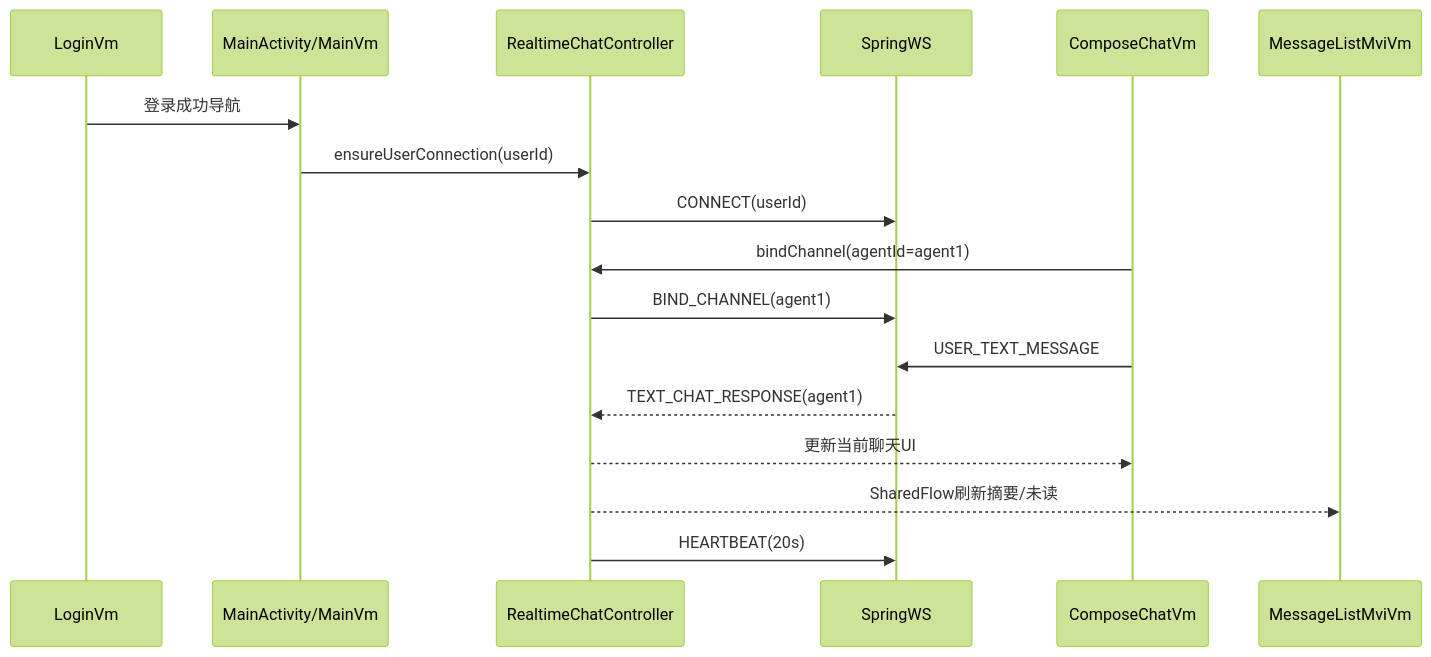
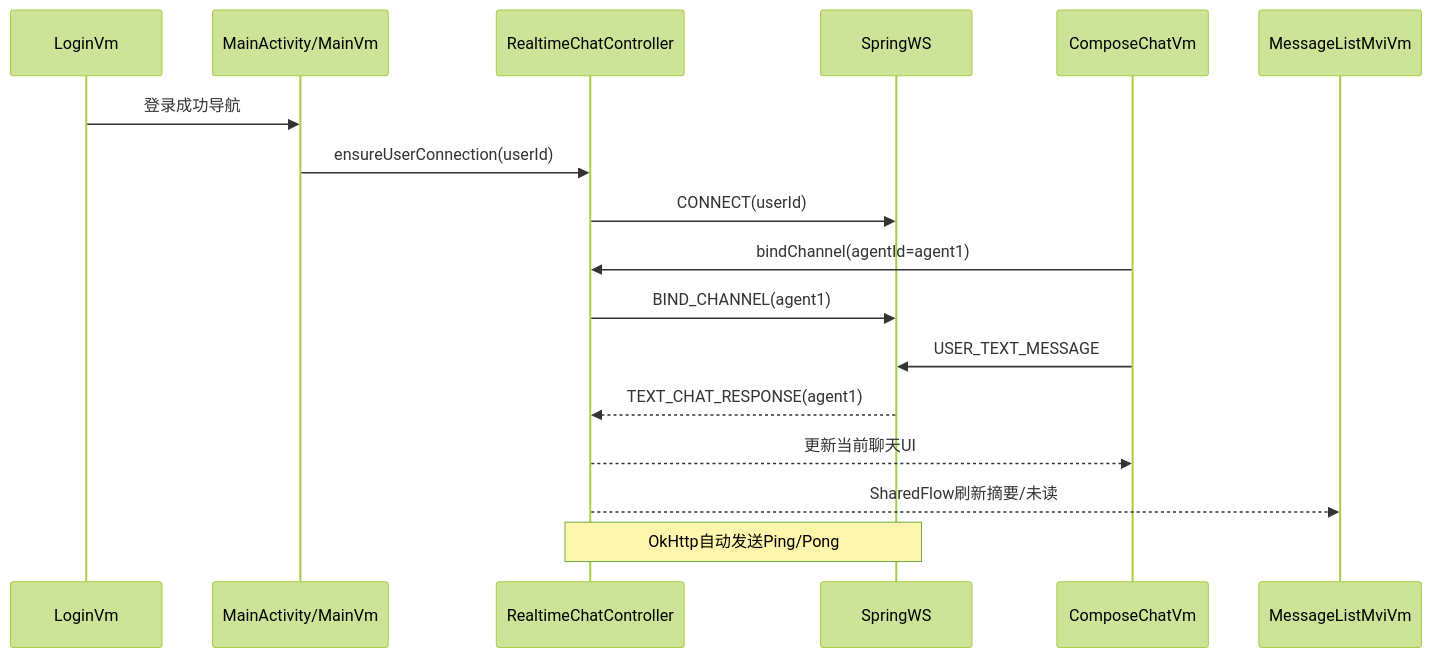
One commit to nangong918/magic-vector changed diagram 34 of 45 in app/android/docs/AndroidDesignDocument.md. Above: the diagram before and after it, drawn with Mermaid (forest theme). The commit also changed other lines of this file and 13 other files, not shown here.

Commit message:
cursor: 实现RealTimeChatController设计图绘制

````diff
--- a/app/android/docs/AndroidDesignDocument.md
+++ b/app/android/docs/AndroidDesignDocument.md
@@ -967,20 +966,20 @@
 ```mermaid
 sequenceDiagram
     participant Login as LoginVm
     participant Main as MainActivity/MainVm
     participant RTC as RealtimeChatController
     participant WS as SpringWS
     participant Chat as ComposeChatVm
     participant List as MessageListMviVm
 
     Login->>Main: 登录成功导航
     Main->>RTC: ensureUserConnection(userId)
     RTC->>WS: CONNECT(userId)
     Chat->>RTC: bindChannel(agentId=agent1)
     RTC->>WS: BIND_CHANNEL(agent1)
     Chat->>WS: USER_TEXT_MESSAGE
     WS-->>RTC: TEXT_CHAT_RESPONSE(agent1)
     RTC-->>Chat: 更新当前聊天UI
     RTC-->>List: SharedFlow刷新摘要/未读
-    RTC->>WS: HEARTBEAT(20s)
+    Note over RTC,WS: OkHttp自动发送Ping/Pong
 ```
````
